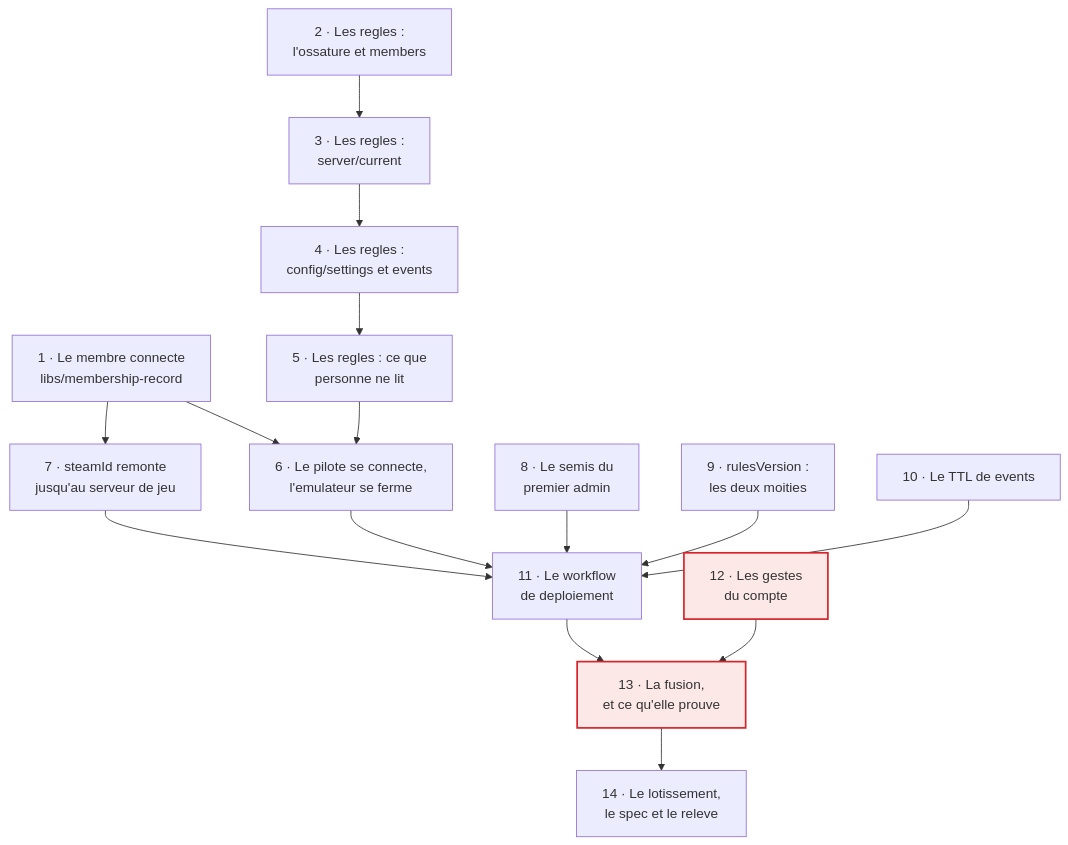
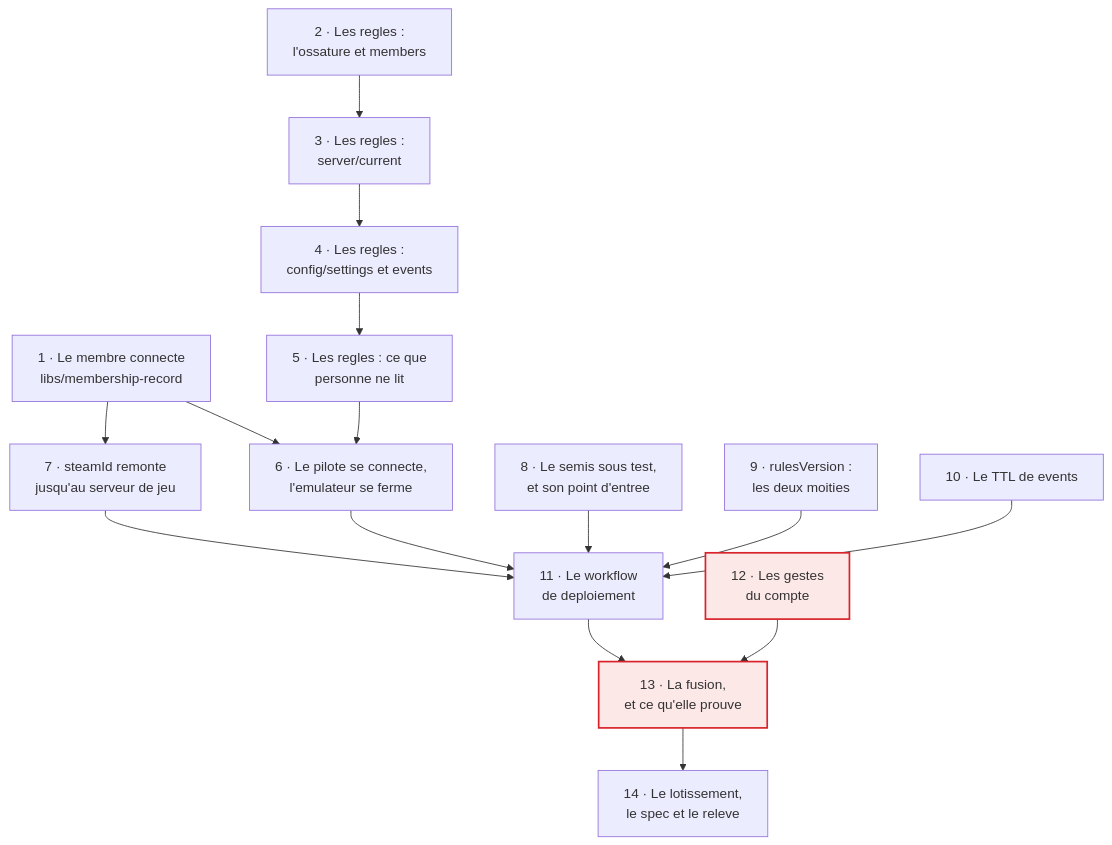
Before and after one commit to charlouze/beacon-hosting: the diagram in docs/superpowers/plans/2026-09-09-tranche-4-la-securite.md, drawn with Mermaid. The commit also changed other lines of this file and 1 other file, not shown here.

Commit message:
docs(plan): dit a la tache 12 tout ce que le premier deploiement exige

````diff
--- a/docs/superpowers/plans/2026-09-09-tranche-4-la-securite.md
+++ b/docs/superpowers/plans/2026-09-09-tranche-4-la-securite.md
@@ -129,35 +129,35 @@
 ```mermaid
 flowchart TD
     T1["1 · Le membre connecte<br/>libs/membership-record"]
     T2["2 · Les regles :<br/>l'ossature et members"]
     T3["3 · Les regles :<br/>server/current"]
     T4["4 · Les regles :<br/>config/settings et events"]
     T5["5 · Les regles : ce que<br/>personne ne lit"]
     T6["6 · Le pilote se connecte,<br/>l'emulateur se ferme"]
     T7["7 · steamId remonte<br/>jusqu'au serveur de jeu"]
-    T8["8 · Le semis du<br/>premier admin"]
+    T8["8 · Le semis sous test,<br/>et son point d'entree"]
     T9["9 · rulesVersion :<br/>les deux moities"]
     T10["10 · Le TTL de events"]
     T11["11 · Le workflow<br/>de deploiement"]
     T12["12 · Les gestes<br/>du compte"]
     T13["13 · La fusion,<br/>et ce qu'elle prouve"]
     T14["14 · Le lotissement,<br/>le spec et le releve"]
 
     T1 --> T6
     T1 --> T7
     T2 --> T3
     T3 --> T4
     T4 --> T5
     T5 --> T6
     T8 --> T11
     T9 --> T11
     T10 --> T11
     T6 --> T11
     T7 --> T11
     T11 --> T13
     T12 --> T13
     T13 --> T14
 
     classDef human fill:#fde8e8,stroke:#d8232a,stroke-width:2px
     class T12,T13 human
 ```
````
